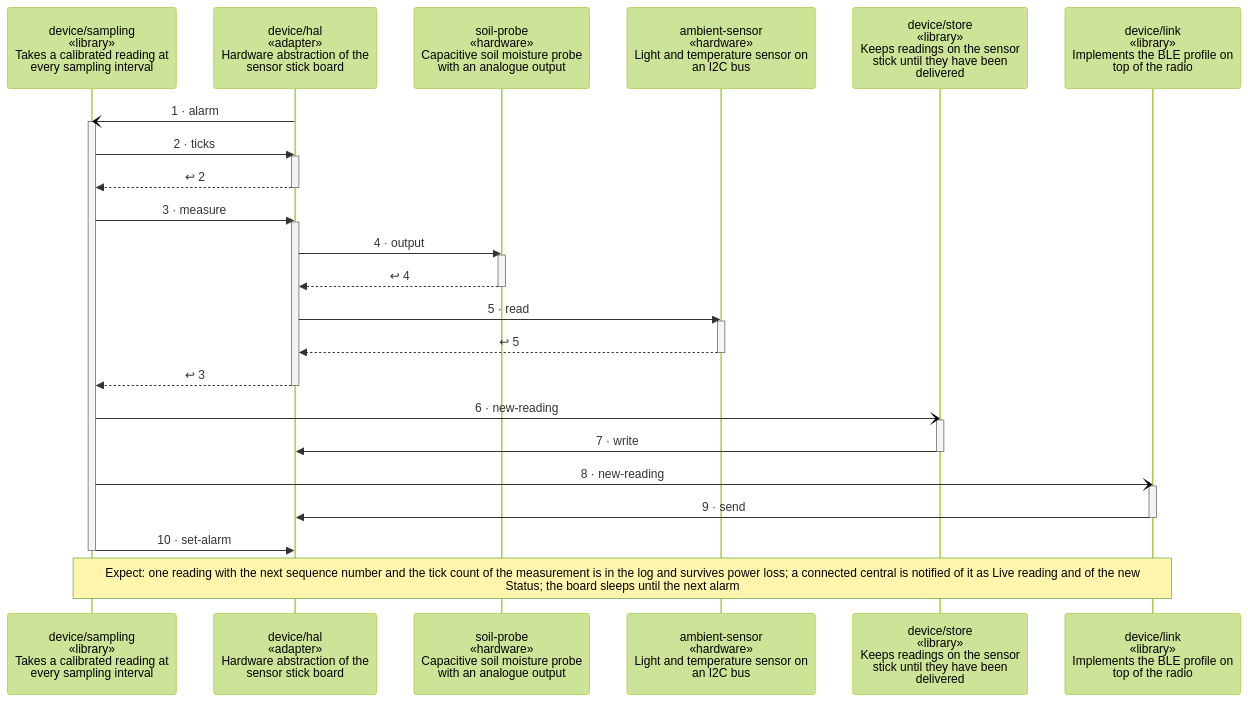
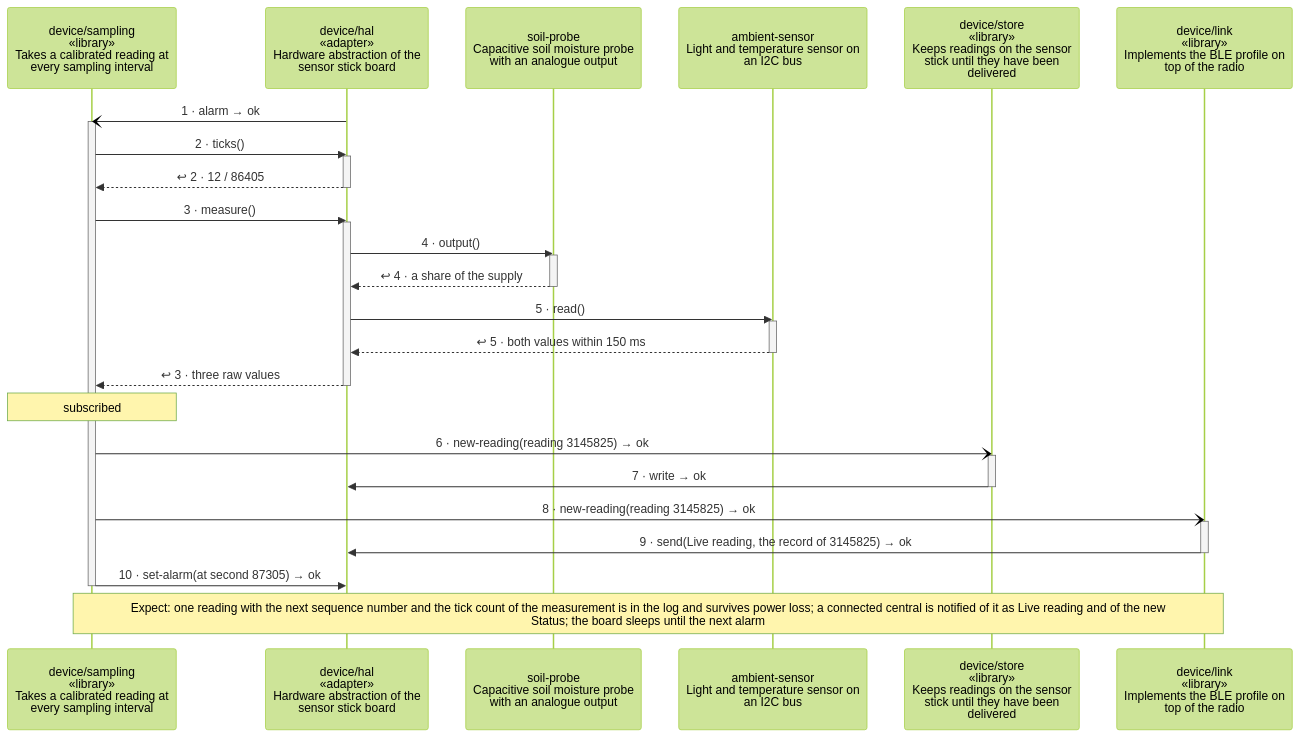
The diagram in examples/plantwatch/docs/diagrams/scenario-take-a-reading.md (wackazong/unifold), drawn with Mermaid (forest theme) before and after one commit. The commit also changed other lines of this file and 213 other files, not shown here.

````diff
--- a/examples/plantwatch/docs/diagrams/scenario-take-a-reading.md
+++ b/examples/plantwatch/docs/diagrams/scenario-take-a-reading.md
@@ -12,43 +13,44 @@
 ```mermaid
 ---
 config:
   sequence:
     height: 108
 ---
 sequenceDiagram
   participant pdevice__sampling as device/sampling<br/>«library»<br/>Takes a calibrated reading at<br/>every sampling interval
   participant pdevice__hal as device/hal<br/>«adapter»<br/>Hardware abstraction of the<br/>sensor stick board
-  participant psoil_dprobe as soil-probe<br/>«hardware»<br/>Capacitive soil moisture probe<br/>with an analogue output
-  participant pambient_dsensor as ambient-sensor<br/>«hardware»<br/>Light and temperature sensor on<br/>an I2C bus
+  participant psoil_dprobe as soil-probe<br/>Capacitive soil moisture probe<br/>with an analogue output
+  participant pambient_dsensor as ambient-sensor<br/>Light and temperature sensor on<br/>an I2C bus
   participant pdevice__store as device/store<br/>«library»<br/>Keeps readings on the sensor<br/>stick until they have been<br/>delivered
   participant pdevice__link as device/link<br/>«library»<br/>Implements the BLE profile on<br/>top of the radio
-  pdevice__hal-)pdevice__sampling: 1 · alarm
+  pdevice__hal-)pdevice__sampling: 1 · alarm → ok
   activate pdevice__sampling
-  pdevice__sampling->>pdevice__hal: 2 · ticks
+  pdevice__sampling->>pdevice__hal: 2 · ticks()
   activate pdevice__hal
-  pdevice__hal-->>pdevice__sampling: ↩ 2
+  pdevice__hal-->>pdevice__sampling: ↩ 2 · 12 / 86405
   deactivate pdevice__hal
-  pdevice__sampling->>pdevice__hal: 3 · measure
+  pdevice__sampling->>pdevice__hal: 3 · measure()
   activate pdevice__hal
-  pdevice__hal->>psoil_dprobe: 4 · output
+  pdevice__hal->>psoil_dprobe: 4 · output()
   activate psoil_dprobe
-  psoil_dprobe-->>pdevice__hal: ↩ 4
+  psoil_dprobe-->>pdevice__hal: ↩ 4 · a share of the supply
   deactivate psoil_dprobe
-  pdevice__hal->>pambient_dsensor: 5 · read
+  pdevice__hal->>pambient_dsensor: 5 · read()
   activate pambient_dsensor
-  pambient_dsensor-->>pdevice__hal: ↩ 5
+  pambient_dsensor-->>pdevice__hal: ↩ 5 · both values within 150 ms
   deactivate pambient_dsensor
-  pdevice__hal-->>pdevice__sampling: ↩ 3
+  pdevice__hal-->>pdevice__sampling: ↩ 3 · three raw values
   deactivate pdevice__hal
-  pdevice__sampling-)pdevice__store: 6 · new-reading
+  Note over pdevice__sampling: subscribed
+  pdevice__sampling-)pdevice__store: 6 · new-reading(reading 3145825) → ok
   activate pdevice__store
-  pdevice__store->>pdevice__hal: 7 · write
+  pdevice__store->>pdevice__hal: 7 · write → ok
   deactivate pdevice__store
-  pdevice__sampling-)pdevice__link: 8 · new-reading
+  pdevice__sampling-)pdevice__link: 8 · new-reading(reading 3145825) → ok
   activate pdevice__link
-  pdevice__link->>pdevice__hal: 9 · send
+  pdevice__link->>pdevice__hal: 9 · send(Live reading, the record of 3145825) → ok
   deactivate pdevice__link
-  pdevice__sampling->>pdevice__hal: 10 · set-alarm
+  pdevice__sampling->>pdevice__hal: 10 · set-alarm(at second 87305) → ok
   deactivate pdevice__sampling
   Note over pdevice__sampling,pdevice__link: wrap: Expect: one reading with the next sequence number and the tick count of the measurement is in the log and survives power loss#59; a connected central is notified of it as Live reading and of the new Status#59; the board sleeps until the next alarm
 ```
````
